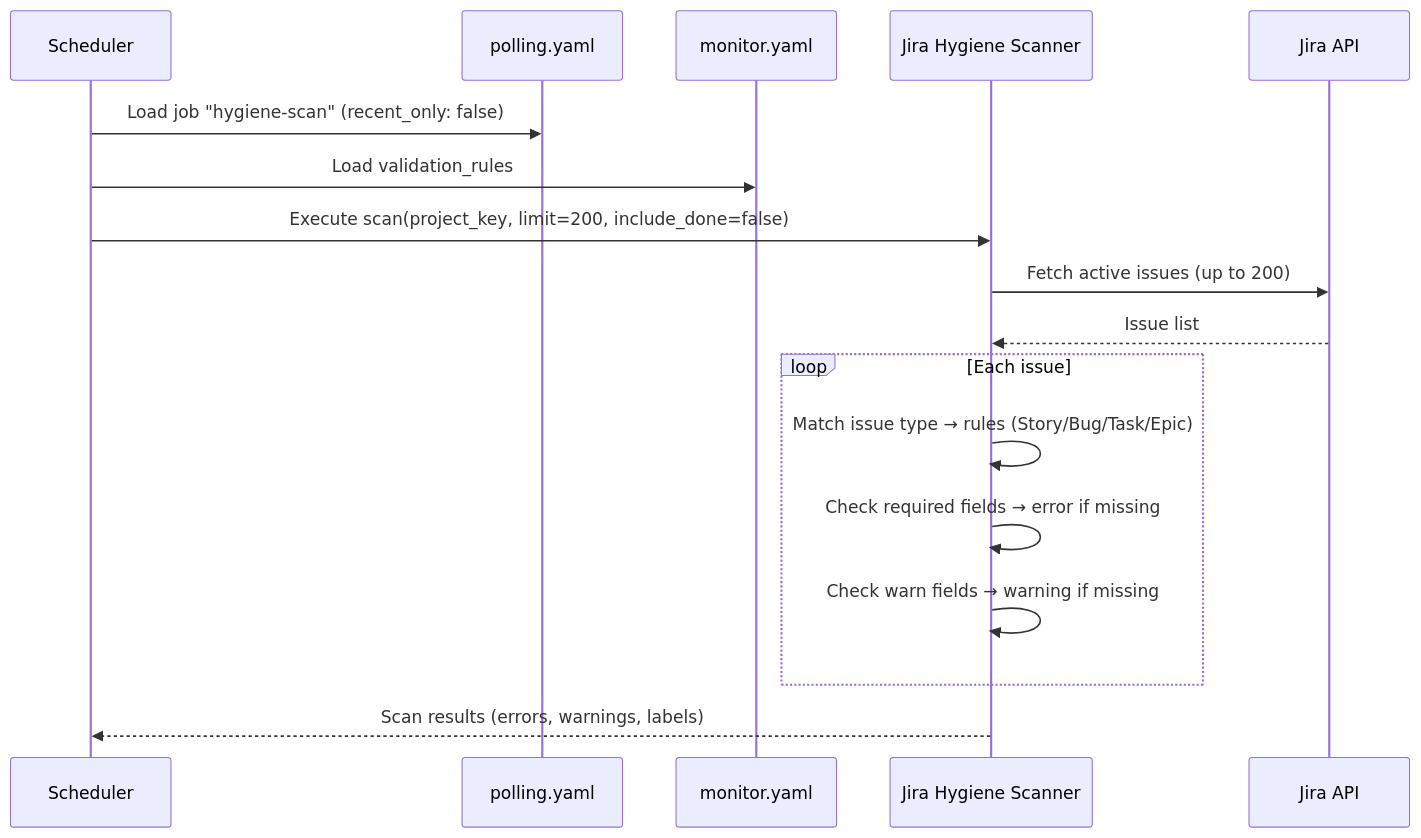
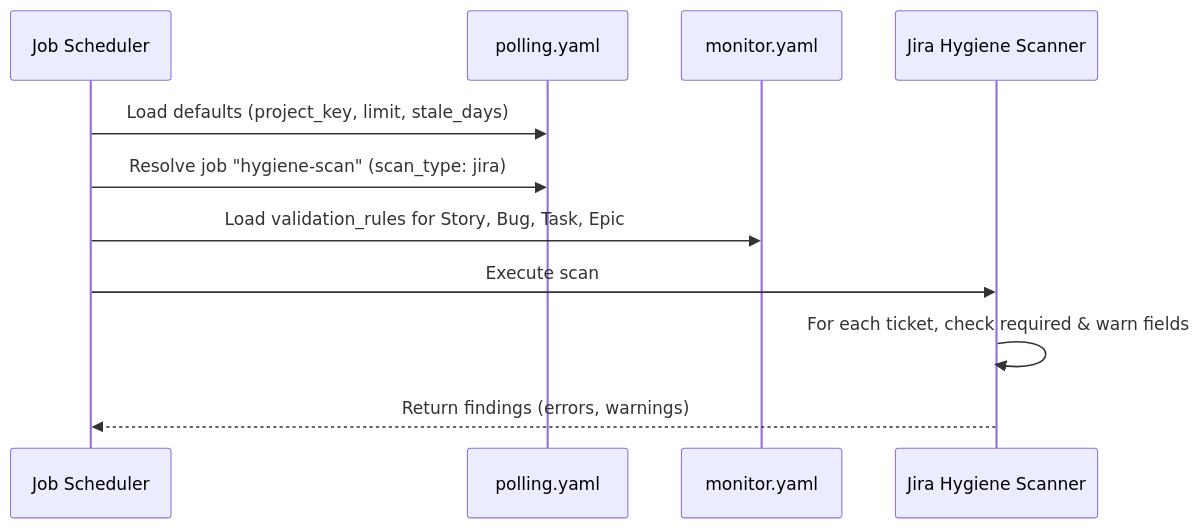
One commit to jmac-cornelis/agent-workforce changed the second of 4 diagrams in docs/agents-drucker-config.md. Above: the diagram before and after it, drawn with Mermaid. The commit also changed other lines of this file and 7 other files, not shown here.

````diff
--- a/docs/agents-drucker-config.md
+++ b/docs/agents-drucker-config.md
@@ -76,20 +71,14 @@
 ```mermaid
 sequenceDiagram
-    participant S as Scheduler
+    participant S as Job Scheduler
     participant P as polling.yaml
     participant M as monitor.yaml
     participant J as Jira Hygiene Scanner
-    participant JIRA as Jira API
 
-    S->>P: Load job "hygiene-scan" (recent_only: false)
-    S->>M: Load validation_rules
-    S->>J: Execute scan(project_key, limit=200, include_done=false)
-    J->>JIRA: Fetch active issues (up to 200)
-    JIRA-->>J: Issue list
-    loop Each issue
-        J->>J: Match issue type → rules (Story/Bug/Task/Epic)
-        J->>J: Check required fields → error if missing
-        J->>J: Check warn fields → warning if missing
-    end
-    J-->>S: Scan results (errors, warnings, labels)
+    S->>P: Load defaults (project_key, limit, stale_days)
+    S->>P: Resolve job "hygiene-scan" (scan_type: jira)
+    S->>M: Load validation_rules for Story, Bug, Task, Epic
+    S->>J: Execute scan
+    J->>J: For each ticket, check required & warn fields
+    J-->>S: Return findings (errors, warnings)
 ```
````
